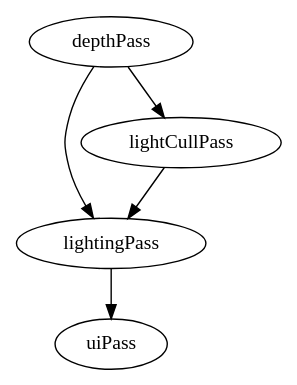
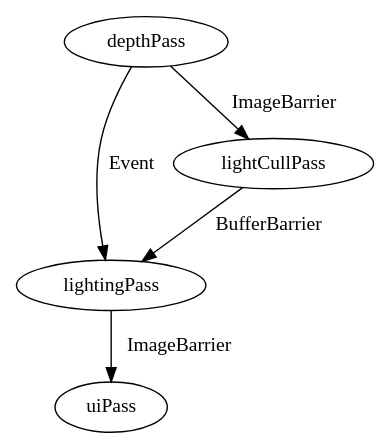
Before and after one commit to TKristof09/VulkanEngine: the diagram in graph.dot, drawn with Graphviz. The commit also changed 7 other files, not shown here.

First line of the commit message:
Inserting barriers and events in the graph

```diff
--- a/graph.dot
+++ b/graph.dot
@@ -1,6 +1,6 @@
 digraph G {
-depthPass -> lightingPass;
-depthPass -> lightCullPass;
-lightingPass -> uiPass;
-lightCullPass -> lightingPass;
+depthPass -> lightingPass [label="Event"];
+depthPass -> lightCullPass [label="ImageBarrier"];
+lightingPass -> uiPass [label="ImageBarrier"];
+lightCullPass -> lightingPass [label="BufferBarrier"];
 }
```
